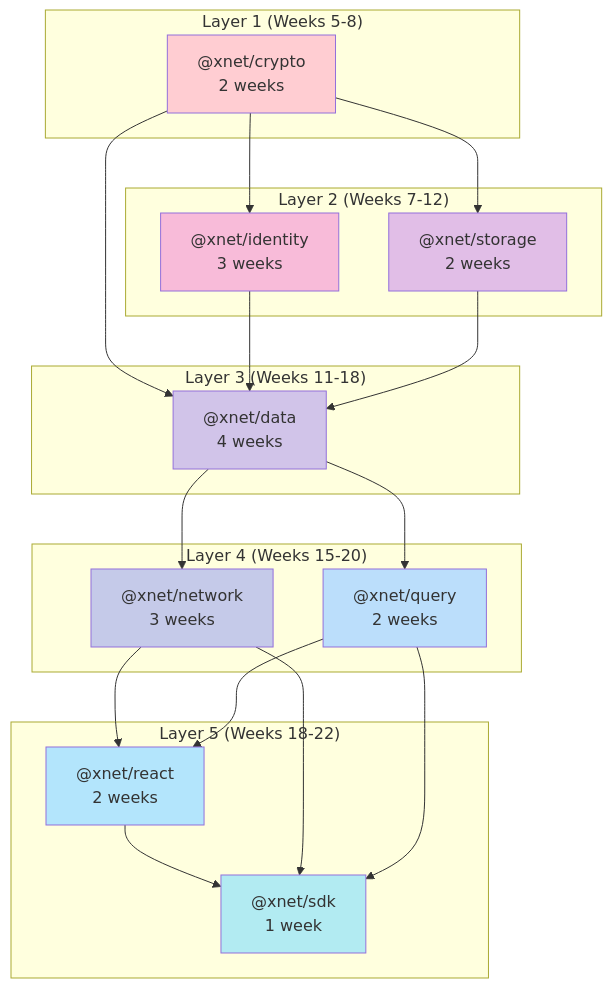
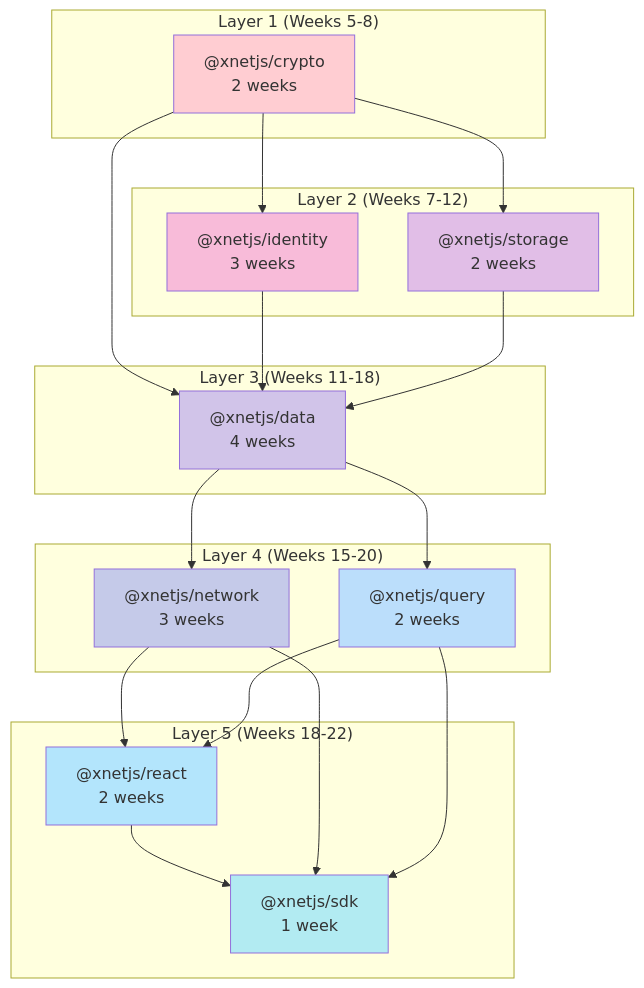
The fourth of 13 diagrams in docs/plans/plan01MVP/16-timeline.md (crs48/xNet), drawn with Mermaid before and after one commit. The commit also changed other lines of this file and 980 other files, not shown here.

````diff
--- a/docs/plans/plan01MVP/16-timeline.md
+++ b/docs/plans/plan01MVP/16-timeline.md
@@ -132,47 +132,47 @@
 ```mermaid
 flowchart TD
     subgraph "Layer 1 (Weeks 5-8)"
-        CRYPTO["@xnet/crypto<br/>2 weeks"]
+        CRYPTO["@xnetjs/crypto<br/>2 weeks"]
     end
 
     subgraph "Layer 2 (Weeks 7-12)"
-        IDENTITY["@xnet/identity<br/>3 weeks"]
-        STORAGE["@xnet/storage<br/>2 weeks"]
+        IDENTITY["@xnetjs/identity<br/>3 weeks"]
+        STORAGE["@xnetjs/storage<br/>2 weeks"]
     end
 
     subgraph "Layer 3 (Weeks 11-18)"
-        DATA["@xnet/data<br/>4 weeks"]
+        DATA["@xnetjs/data<br/>4 weeks"]
     end
 
     subgraph "Layer 4 (Weeks 15-20)"
-        NETWORK["@xnet/network<br/>3 weeks"]
-        QUERY["@xnet/query<br/>2 weeks"]
+        NETWORK["@xnetjs/network<br/>3 weeks"]
+        QUERY["@xnetjs/query<br/>2 weeks"]
     end
 
     subgraph "Layer 5 (Weeks 18-22)"
-        REACT["@xnet/react<br/>2 weeks"]
-        SDK["@xnet/sdk<br/>1 week"]
+        REACT["@xnetjs/react<br/>2 weeks"]
+        SDK["@xnetjs/sdk<br/>1 week"]
     end
 
     CRYPTO --> IDENTITY
     CRYPTO --> STORAGE
     CRYPTO --> DATA
     IDENTITY --> DATA
     STORAGE --> DATA
     DATA --> NETWORK
     DATA --> QUERY
     NETWORK --> REACT
     QUERY --> REACT
     REACT --> SDK
     NETWORK --> SDK
     QUERY --> SDK
 
     style CRYPTO fill:#ffcdd2
     style IDENTITY fill:#f8bbd9
     style STORAGE fill:#e1bee7
     style DATA fill:#d1c4e9
     style NETWORK fill:#c5cae9
     style QUERY fill:#bbdefb
     style REACT fill:#b3e5fc
     style SDK fill:#b2ebf2
 ```
````
